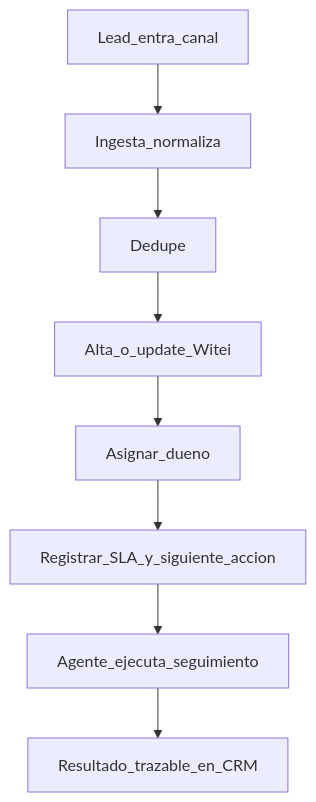
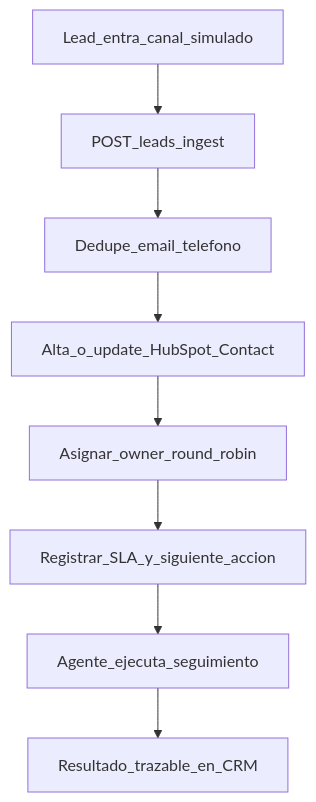
The diagram in docs/nichos/inmobiliaria/mvp/02-flujo.md (GallaGit/multiagente_platform), drawn with Mermaid before and after one commit. The commit also changed other lines of this file and 48 other files, not shown here.

First line of the commit message:
Add baseline metrics, readiness docs, and HubSpot lab closure.

````diff
--- a/docs/nichos/inmobiliaria/mvp/02-flujo.md
+++ b/docs/nichos/inmobiliaria/mvp/02-flujo.md
@@ -8,19 +8,19 @@
 ```mermaid
 flowchart TD
-  Canal[Lead_entra_canal]
-  Ingesta[Ingesta_normaliza]
-  Dedupe[Dedupe]
-  CRM[Alta_o_update_Witei]
-  Asign[Asignar_dueno]
+  Canal[Lead_entra_canal_simulado]
+  Ingesta[POST_leads_ingest]
+  Dedupe[Dedupe_email_telefono]
+  CRM[Alta_o_update_HubSpot_Contact]
+  Asign[Asignar_owner_round_robin]
   SLA[Registrar_SLA_y_siguiente_accion]
   Seguimiento[Agente_ejecuta_seguimiento]
   Cierre[Resultado_trazable_en_CRM]
 
   Canal --> Ingesta
   Ingesta --> Dedupe
   Dedupe --> CRM
   CRM --> Asign
   Asign --> SLA
   SLA --> Seguimiento
   Seguimiento --> Cierre
 ```
````
